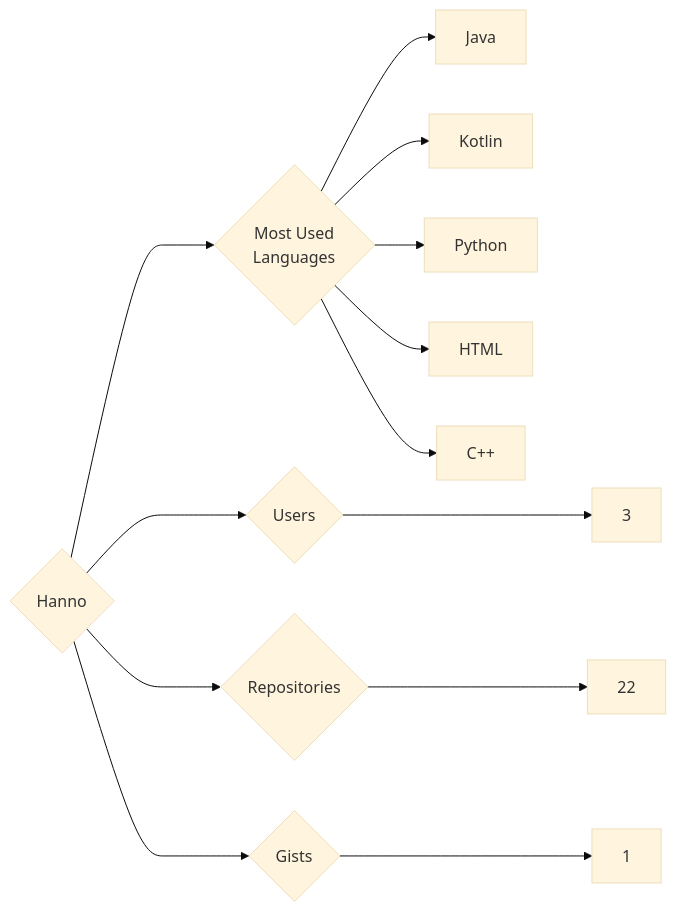
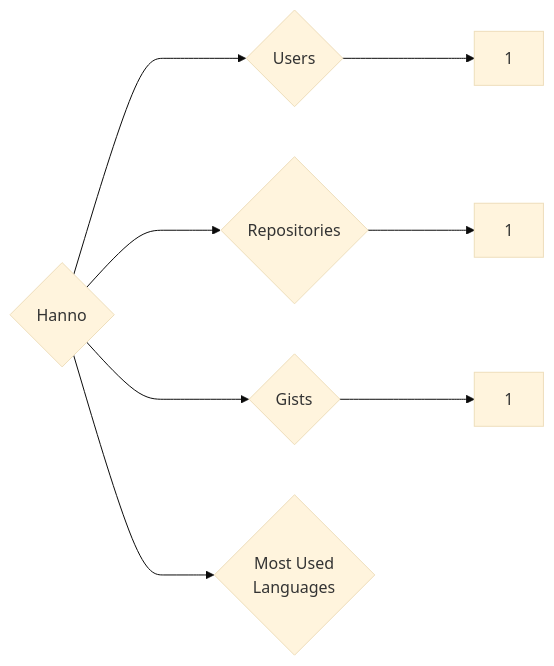
Before and after one commit to trickest/insiders: the diagram in targets/Hanno/README.md, drawn with Mermaid (base theme). The commit also changed 985 other files, not shown here.

````diff
--- a/targets/Hanno/README.md
+++ b/targets/Hanno/README.md
@@ -3,13 +3,8 @@
 ```mermaid
 graph LR
 COMPANY_NAME{Hanno}
-COMPANY_NAME ---> U{Users} ---> UN[3]
-COMPANY_NAME ---> R{Repositories} ---> RN[22]
+COMPANY_NAME ---> U{Users} ---> UN[1]
+COMPANY_NAME ---> R{Repositories} ---> RN[1]
 COMPANY_NAME ---> G{Gists} ---> GN[1]
 COMPANY_NAME ---> ML{Most Used<br>Languages}
-ML --> Java[Java]
-ML --> Kotlin[Kotlin]
-ML --> Python[Python]
-ML --> HTML[HTML]
-ML --> C++[C++]
 ```
````
